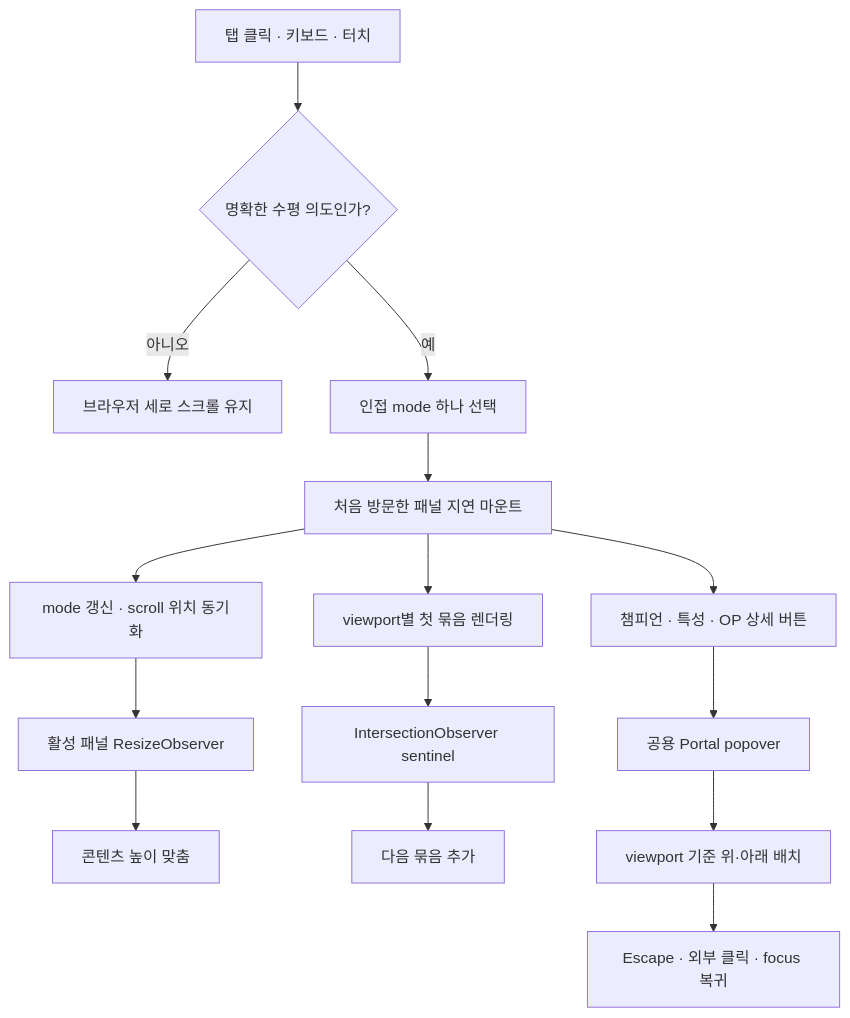
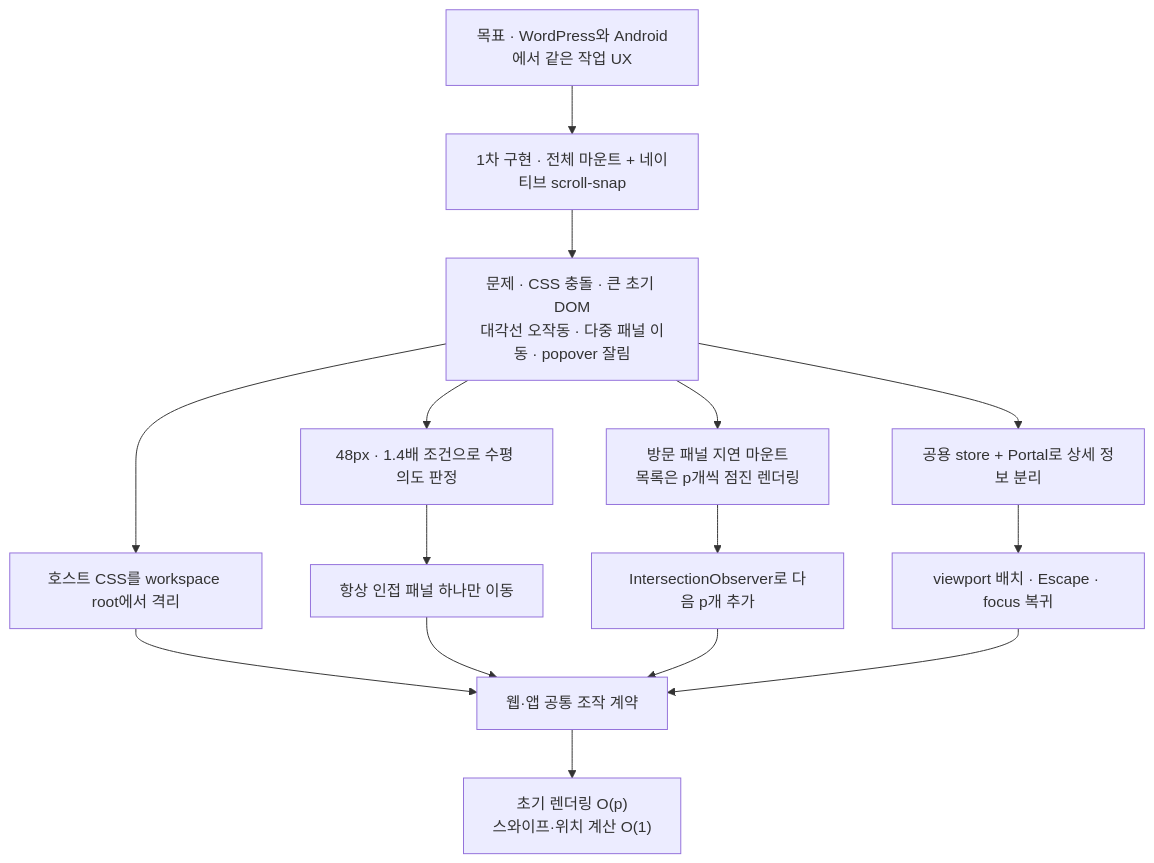
Before and after one commit to kimdol/my-tft-app: the sixth of 6 diagrams in vite-project/src/features/README.md, drawn with Mermaid. The commit also changed other lines of this file, not shown here.

````diff
--- a/vite-project/src/features/README.md
+++ b/vite-project/src/features/README.md
@@ -193,17 +193,17 @@
 ```mermaid
 flowchart TD
-    Input["탭 클릭 · 키보드 · 터치"] --> Intent{"명확한 수평 의도인가?"}
-    Intent -->|아니오| Vertical["브라우저 세로 스크롤 유지"]
-    Intent -->|예| Adjacent["인접 mode 하나 선택"]
-    Adjacent --> Mount["처음 방문한 패널 지연 마운트"]
-    Mount --> Navigate["mode 갱신 · scroll 위치 동기화"]
-    Navigate --> Observe["활성 패널 ResizeObserver"]
-    Observe --> Height["콘텐츠 높이 맞춤"]
-    Mount --> Grid["viewport별 첫 묶음 렌더링"]
-    Grid --> Sentinel["IntersectionObserver sentinel"]
-    Sentinel --> More["다음 묶음 추가"]
-    Mount --> Trigger["챔피언 · 특성 · OP 상세 버튼"]
-    Trigger --> Portal["공용 Portal popover"]
-    Portal --> Position["viewport 기준 위·아래 배치"]
-    Position --> Close["Escape · 외부 클릭 · focus 복귀"]
+    Goal["목표 · WordPress와 Android에서 같은 작업 UX"] --> Simple["1차 구현 · 전체 마운트 + 네이티브 scroll-snap"]
+    Simple --> Failure["문제 · CSS 충돌 · 큰 초기 DOM<br/>대각선 오작동 · 다중 패널 이동 · popover 잘림"]
+    Failure --> Isolation["호스트 CSS를 workspace root에서 격리"]
+    Failure --> Navigation["48px · 1.4배 조건으로 수평 의도 판정"]
+    Failure --> Rendering["방문 패널 지연 마운트<br/>목록은 p개씩 점진 렌더링"]
+    Failure --> Details["공용 store + Portal로 상세 정보 분리"]
+    Navigation --> Adjacent["항상 인접 패널 하나만 이동"]
+    Rendering --> Observer["IntersectionObserver로 다음 p개 추가"]
+    Details --> Position["viewport 배치 · Escape · focus 복귀"]
+    Isolation --> Result["웹·앱 공통 조작 계약"]
+    Adjacent --> Result
+    Observer --> Result
+    Position --> Result
+    Result --> Complexity["초기 렌더링 O(p)<br/>스와이프·위치 계산 O(1)"]
 ```
````
